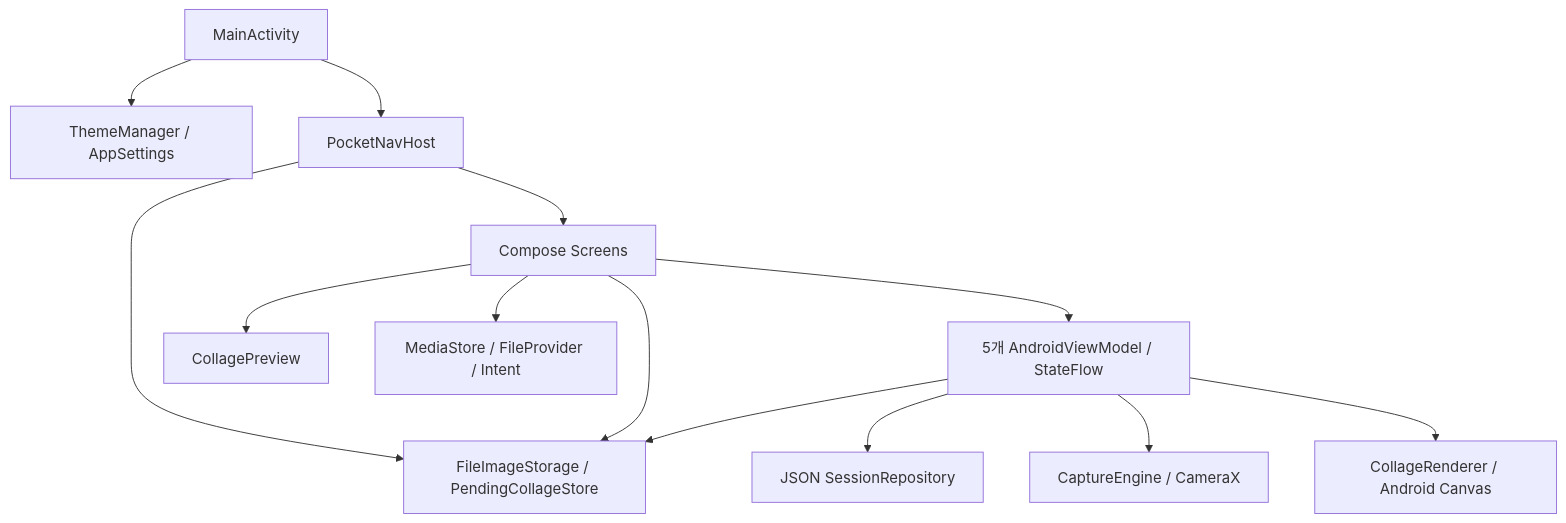
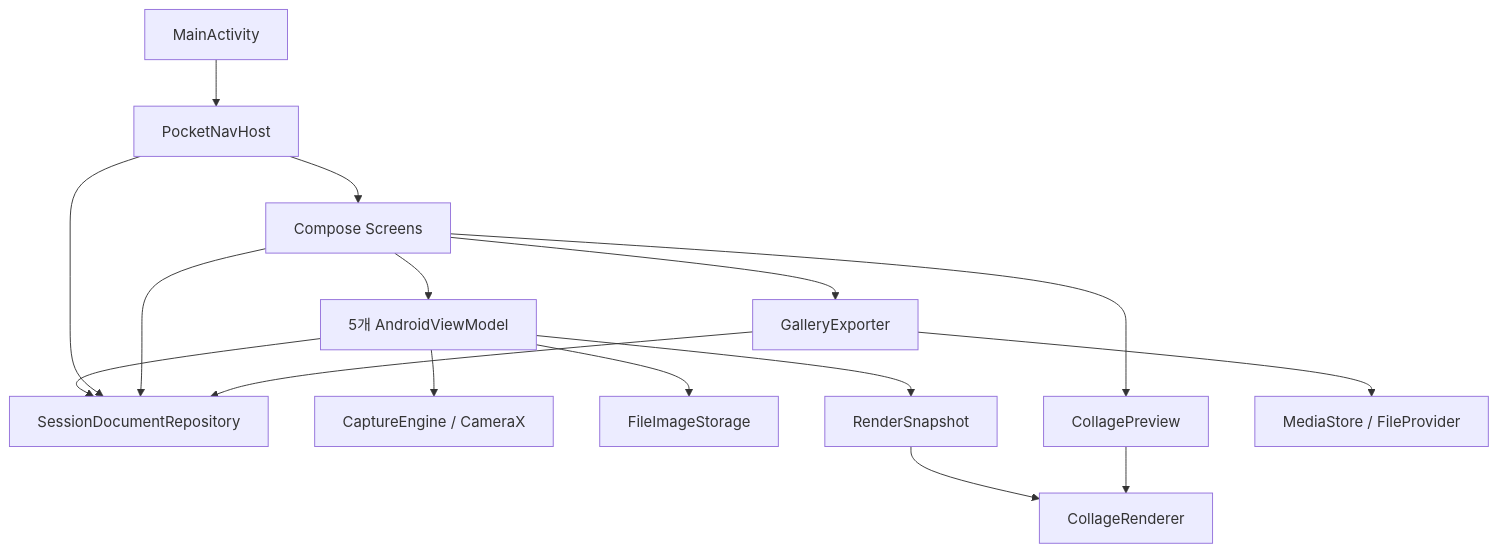
Before and after one commit to sin-jun-woo/Pocket-4Cut-Android: the first of 2 diagrams in docs/ARCHITECTURE.md, drawn with Mermaid. The commit also changed other lines of this file and 10 other files, not shown here.

````diff
--- a/docs/ARCHITECTURE.md
+++ b/docs/ARCHITECTURE.md
@@ -24,15 +20,18 @@
 ```mermaid
 flowchart TD
-    Activity[MainActivity] --> Settings[ThemeManager / AppSettings]
-    Activity --> Nav[PocketNavHost]
+    Activity[MainActivity] --> Nav[PocketNavHost]
     Nav --> UI[Compose Screens]
-    UI --> VM[5개 AndroidViewModel / StateFlow]
-    Nav --> Files[FileImageStorage / PendingCollageStore]
-    UI --> Files
-    VM --> Files
-    VM --> Sessions[JSON SessionRepository]
+    UI --> VM[5개 AndroidViewModel]
+    VM --> Store[SessionDocumentRepository]
+    Nav --> Store
+    UI --> Store
     VM --> Camera[CaptureEngine / CameraX]
-    VM --> Render[CollageRenderer / Android Canvas]
+    VM --> Storage[FileImageStorage]
+    VM --> Snapshot[RenderSnapshot]
+    Snapshot --> Renderer[CollageRenderer]
     UI --> Preview[CollagePreview]
-    UI --> Export[MediaStore / FileProvider / Intent]
+    Preview --> Renderer
+    UI --> Exporter[GalleryExporter]
+    Exporter --> Store
+    Exporter --> Media[MediaStore / FileProvider]
 ```
````
